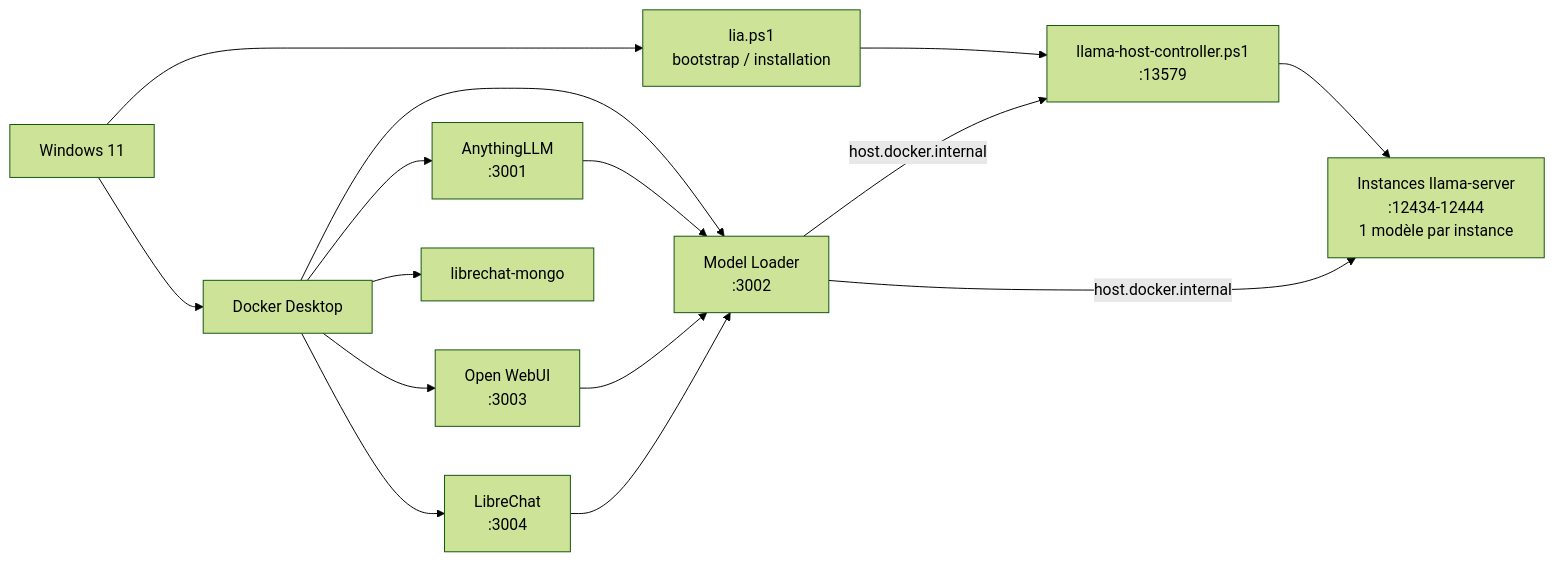
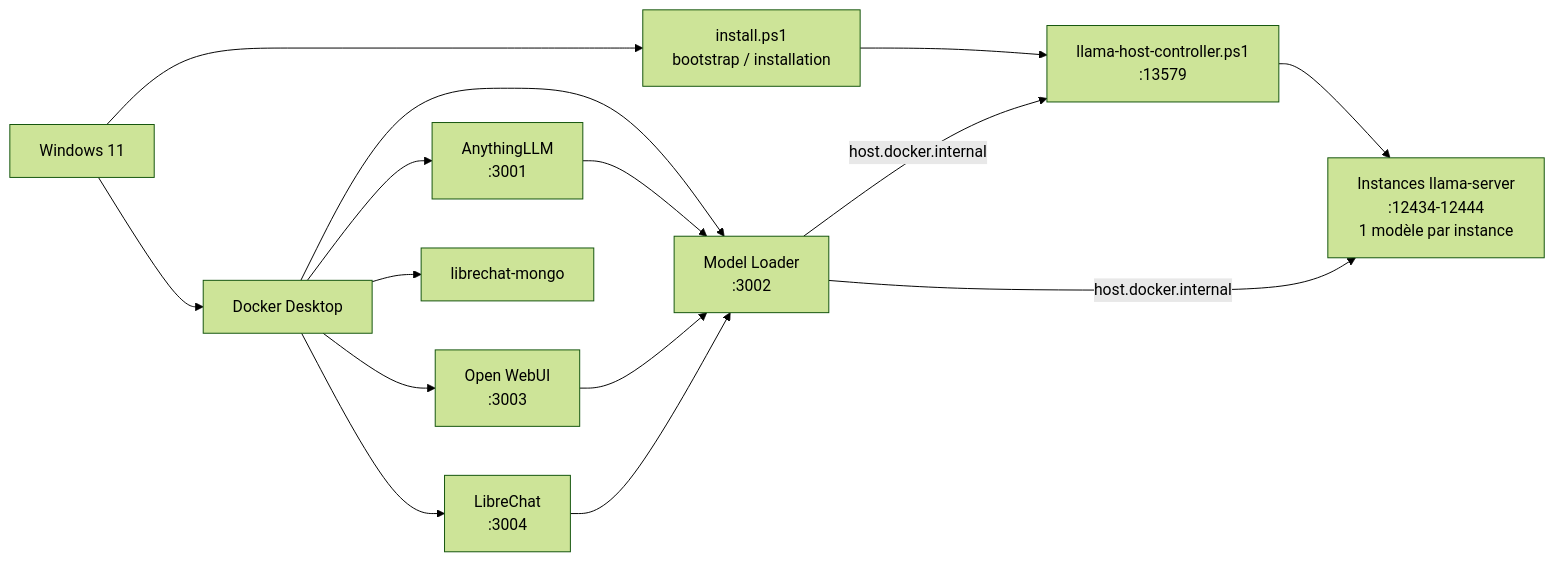
Before and after one commit to evolutec/LIA-X: the diagram in README.md, drawn with Mermaid (forest theme). The commit also changed other lines of this file and 26 other files, not shown here.

Commit message:
Add installation and uninstallation scripts for LIA services; implement a temporary proxy test script

````diff
--- a/README.md
+++ b/README.md
@@ -69,19 +69,23 @@
 ```mermaid
 flowchart LR
-    W[Windows 11] --> B[lia.ps1\nbootstrap / installation]
-    B --> C[llama-host-controller.ps1\n:13579]
-    C --> R[Instances llama-server\n:12434-12444\n1 modèle par instance]
+    W[Windows 11] --> B[install.ps1
+bootstrap / installation]
+    B --> C[llama-host-controller.ps1
+:13579]
+    C --> R[Instances llama-server
+:12434-12444
+1 modèle par instance]
 
     W --> D[Docker Desktop]
     D --> M[Model Loader\n:3002]
     D --> A[AnythingLLM\n:3001]
     D --> O[Open WebUI\n:3003]
     D --> L[LibreChat\n:3004]
     D --> G[librechat-mongo]
 
     M -->|host.docker.internal| C
     M -->|host.docker.internal| R
     A --> M
     O --> M
     L --> M
 ```
````
